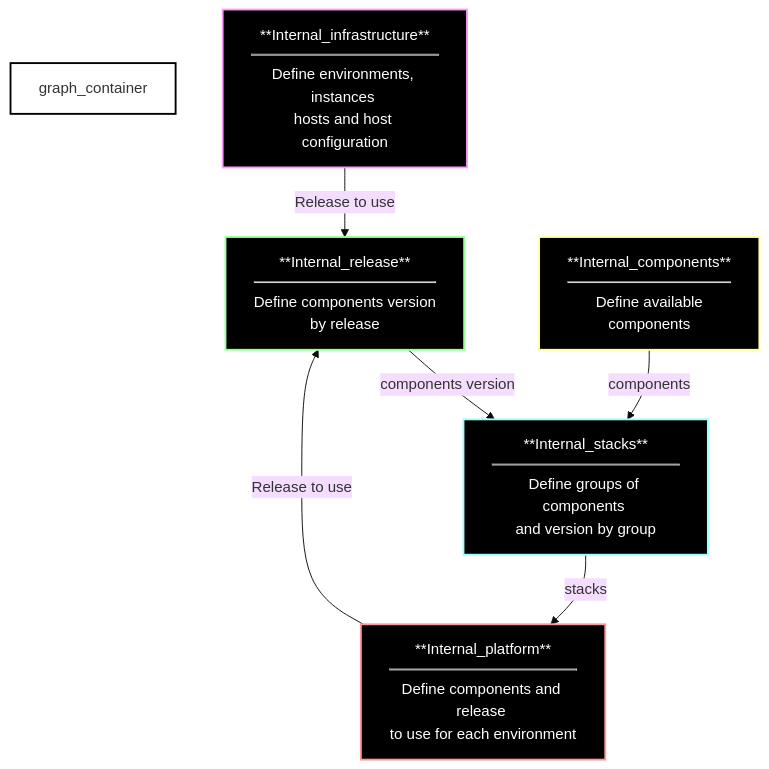
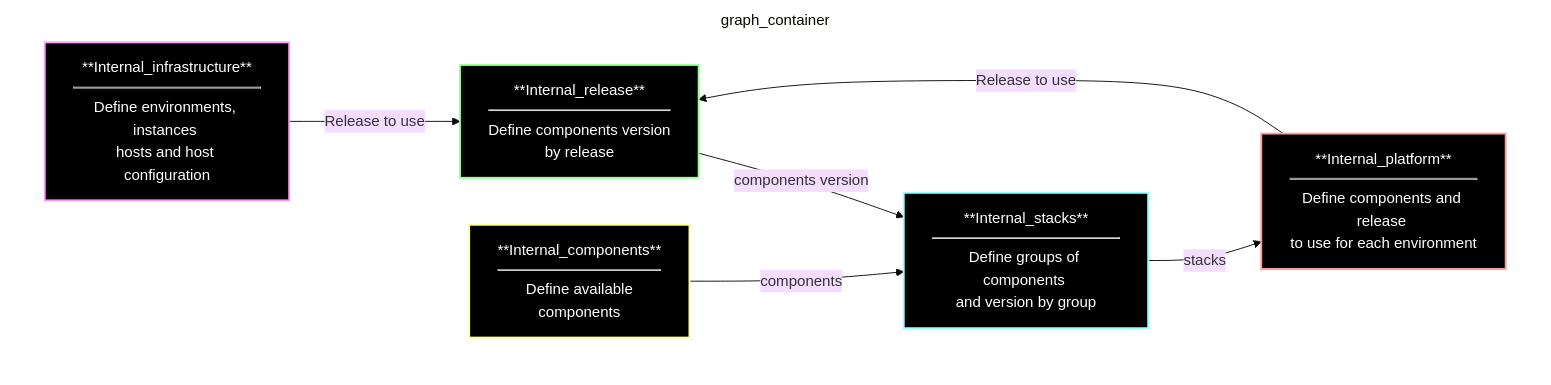
One commit to SavaiRavikiran/Monitoring_With_Prometheus-Grafana changed the first of 38 diagrams in Markdown1.md. Above: the diagram before and after it, drawn with Mermaid (base theme).

````diff
--- a/Markdown1.md
+++ b/Markdown1.md
@@ -3,18 +3,18 @@
 ```mermaid
 graph TD;
-
-    style graph_container fill:transparent, stroke:#000, stroke-width:2px, stroke-dasharray: 0;
+  subgraph graph_container
+    style graph_container fill:transparent, stroke:#000, stroke-width:0px, stroke-dasharray: 0;
     
     style A fill:#000, stroke:#f9f, stroke-width:2px, stroke-dasharray: 0, color:#fff;
     style B fill:#000, stroke:#9f9, stroke-width:2px, stroke-dasharray: 0, color:#fff;
     style C fill:#000, stroke:#ff9, stroke-width:2px, stroke-dasharray: 0, color:#fff;
     style D fill:#000, stroke:#9ff, stroke-width:2px, stroke-dasharray: 0, color:#fff;
     style E fill:#000, stroke:#f99, stroke-width:2px, stroke-dasharray: 0, color:#fff;
   
     A["**Internal_infrastructure**<br/><hr style='margin-top: 8px; margin-bottom: 8px;'/>Define environments, instances <br/>hosts and host configuration"] -->|Release to use| B["**Internal_release**<br/><hr style='margin-top: 8px; margin-bottom: 8px;'/>Define components version <br/>by release"];
     B -->|components version| D["**Internal_stacks**<br/><hr style='margin-top: 8px; margin-bottom: 8px;'/>Define groups of components <br/>and version by group"];
     D -->|stacks| E["**Internal_platform**<br/><hr style='margin-top: 8px; margin-bottom: 8px;'/>Define components and release <br/>to use for each environment"];
     E -->|Release to use| B;
     C["**Internal_components**<br/><hr style='margin-top: 8px; margin-bottom: 8px;'/>Define available<br/> components"] -->|components| D;
-
+  end;
 ```
````
